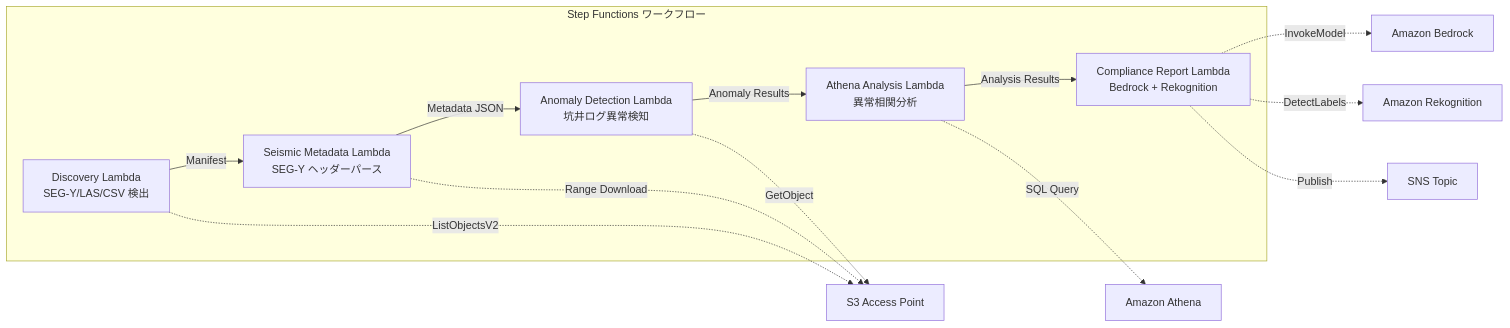
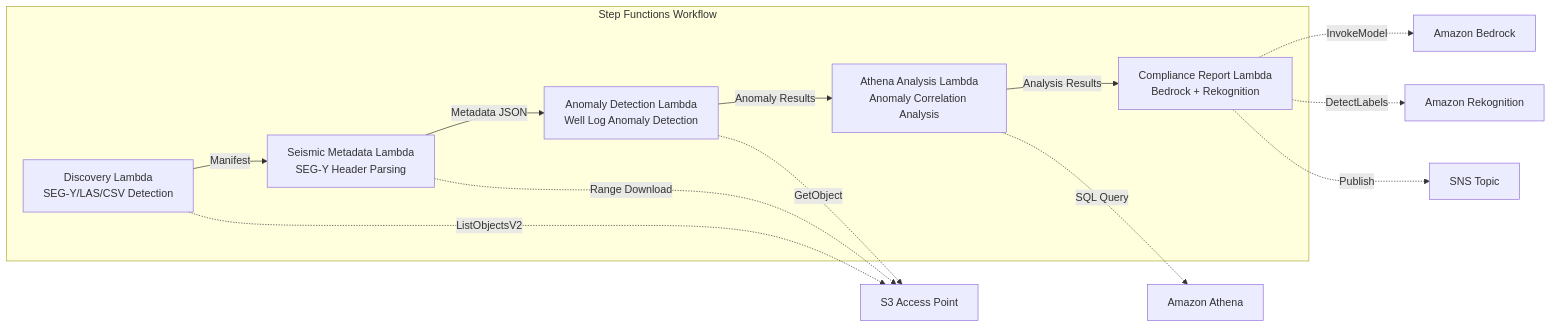
One commit to Yoshiki0705/FSx-for-ONTAP-S3AccessPoints-Serverless-Patterns changed the diagram in solutions/industry/energy-seismic/README.en.md. Above: the diagram before and after it, drawn with Mermaid. The commit also changed other lines of this file and 20 other files, not shown here.

````diff
--- a/solutions/industry/energy-seismic/README.en.md
+++ b/solutions/industry/energy-seismic/README.en.md
@@ -30,23 +56,23 @@
 ```mermaid
 graph LR
-    subgraph "Step Functions ワークフロー"
-        D[Discovery Lambda<br/>SEG-Y/LAS/CSV 検出]
-        SM[Seismic Metadata Lambda<br/>SEG-Y ヘッダーパース]
-        AD[Anomaly Detection Lambda<br/>坑井ログ異常検知]
-        ATH[Athena Analysis Lambda<br/>異常相関分析]
+    subgraph "Step Functions Workflow"
+        D[Discovery Lambda<br/>SEG-Y/LAS/CSV Detection]
+        SM[Seismic Metadata Lambda<br/>SEG-Y Header Parsing]
+        AD[Anomaly Detection Lambda<br/>Well Log Anomaly Detection]
+        ATH[Athena Analysis Lambda<br/>Anomaly Correlation Analysis]
         CR[Compliance Report Lambda<br/>Bedrock + Rekognition]
     end
 
     D -->|Manifest| SM
     SM -->|Metadata JSON| AD
     AD -->|Anomaly Results| ATH
     ATH -->|Analysis Results| CR
 
     D -.->|ListObjectsV2| S3AP[S3 Access Point]
     SM -.->|Range Download| S3AP
     AD -.->|GetObject| S3AP
     ATH -.->|SQL Query| Athena[Amazon Athena]
     CR -.->|InvokeModel| Bedrock[Amazon Bedrock]
     CR -.->|DetectLabels| Rekog[Amazon Rekognition]
     CR -.->|Publish| SNS[SNS Topic]
 ```
````
